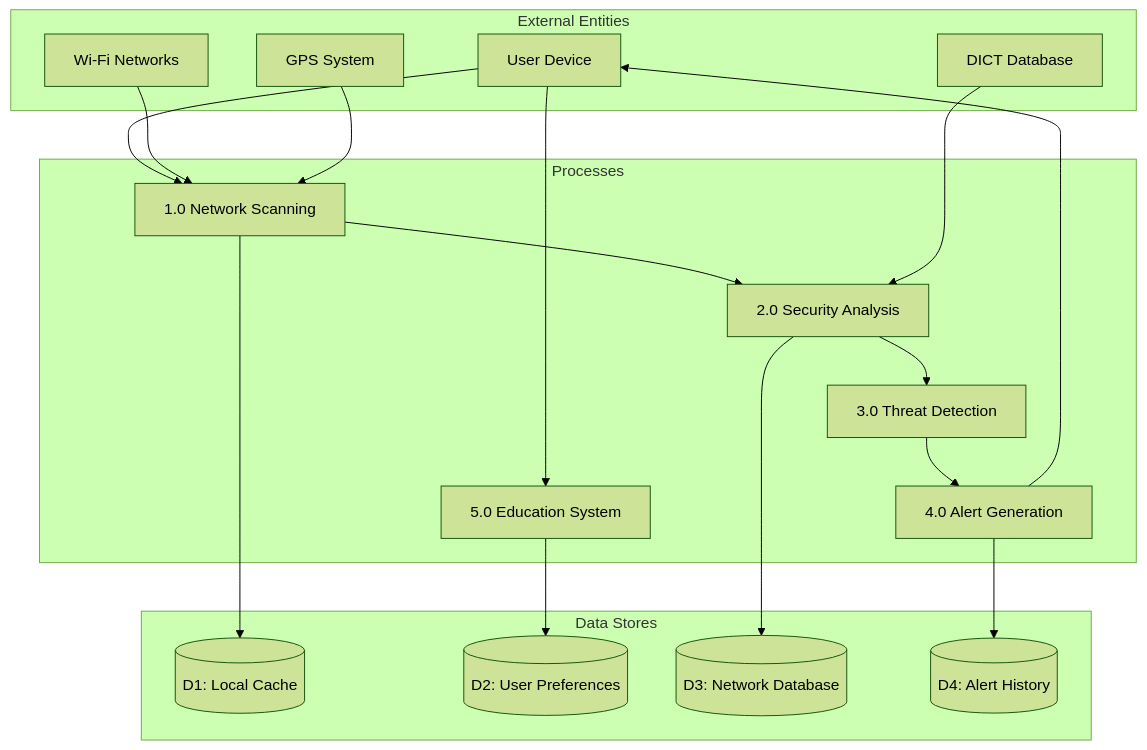
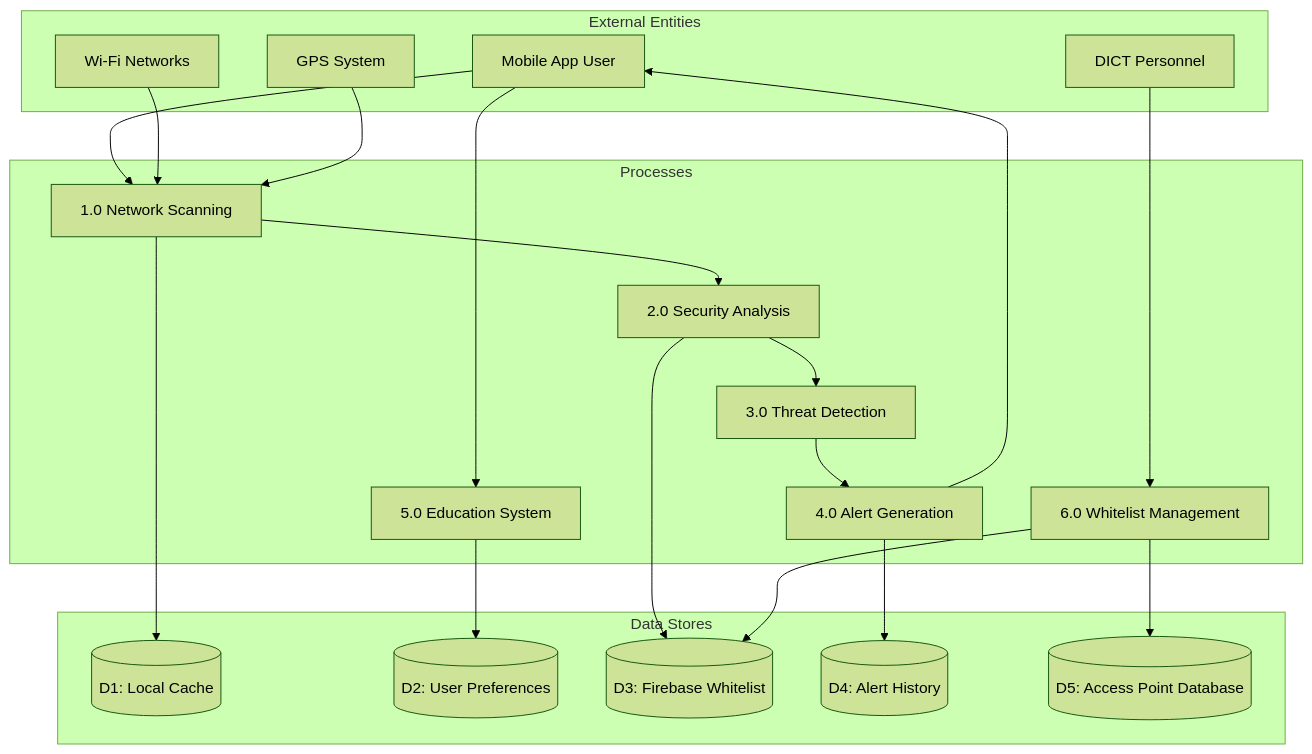
One commit to Aeldored/mobile changed the third of 6 diagrams in MOBILE_APP_DOCUMENTATION.md. Above: the diagram before and after it, drawn with Mermaid (forest theme). The commit also changed other lines of this file, not shown here.

````diff
--- a/MOBILE_APP_DOCUMENTATION.md
+++ b/MOBILE_APP_DOCUMENTATION.md
@@ -182,38 +216,42 @@
 ```mermaid
 graph TD
     subgraph "External Entities"
-        E1[User Device]
+        E1[Mobile App User]
         E2[Wi-Fi Networks]
-        E3[DICT Database]
+        E3[DICT Personnel]
         E4[GPS System]
     end
     
     subgraph "Processes"
         P1[1.0 Network Scanning]
         P2[2.0 Security Analysis]
         P3[3.0 Threat Detection]
         P4[4.0 Alert Generation]
         P5[5.0 Education System]
+        P6[6.0 Whitelist Management]
     end
     
     subgraph "Data Stores"
         D1[(D1: Local Cache)]
         D2[(D2: User Preferences)]
-        D3[(D3: Network Database)]
+        D3[(D3: Firebase Whitelist)]
         D4[(D4: Alert History)]
+        D5[(D5: Access Point Database)]
     end
     
     E1 --> P1
     E2 --> P1
     P1 --> D1
     P1 --> P2
     P2 --> D3
     P2 --> P3
-    E3 --> P2
     P3 --> P4
     P4 --> E1
     P4 --> D4
     E1 --> P5
     P5 --> D2
     E4 --> P1
+    E3 --> P6
+    P6 --> D3
+    P6 --> D5
 ```
````
